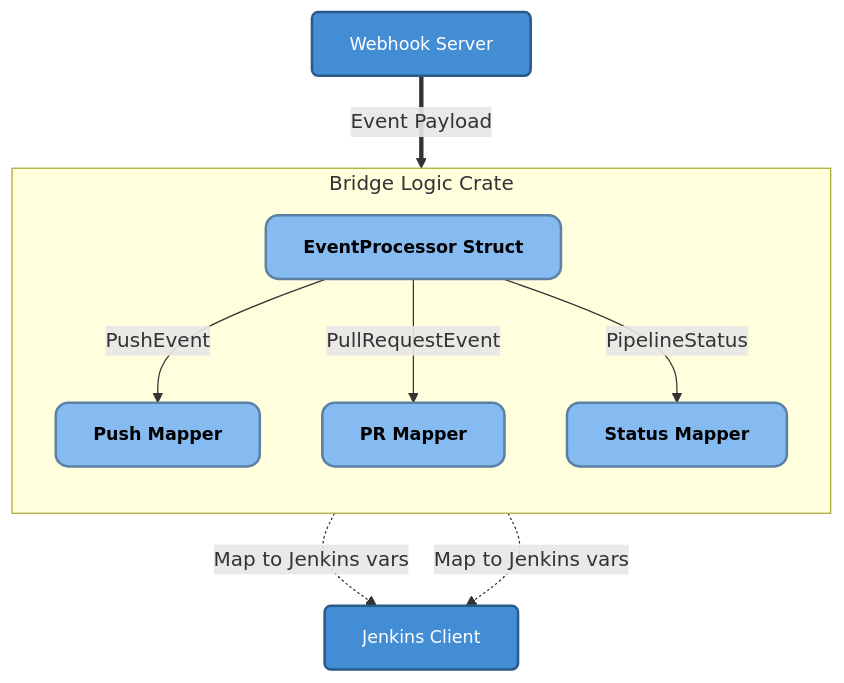
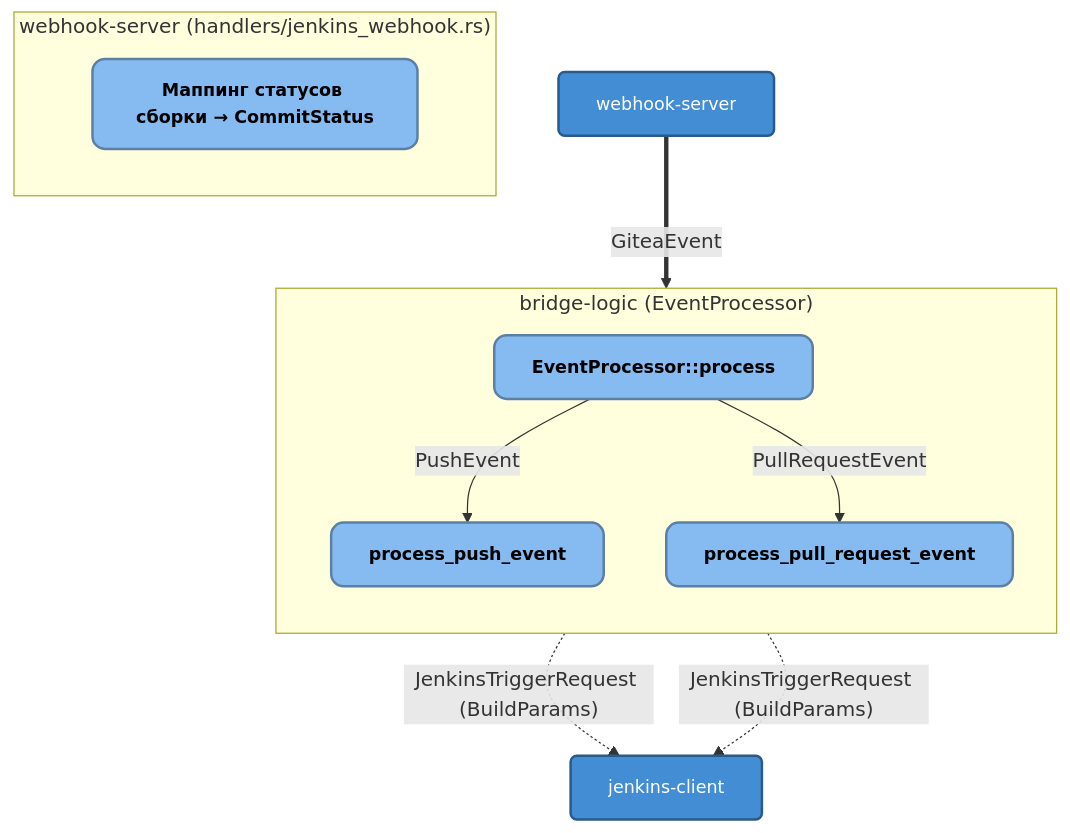
The third of 3 diagrams in docs/C4_ARCHITECTURE.md (kk7453603/GiteaPlugin-rs), drawn with Mermaid before and after one commit. The commit also changed other lines of this file and 19 other files, not shown here.

````diff
--- a/docs/C4_ARCHITECTURE.md
+++ b/docs/C4_ARCHITECTURE.md
@@ -62,25 +70,28 @@
 ```mermaid
 graph TD
     classDef container fill:#438DD5,color:#fff,stroke:#2b5a88,stroke-width:2px,rx:5,ry:5,font-size:14px;
     classDef comp fill:#85BBF0,color:#000,stroke:#5b80a4,stroke-width:2px,rx:10,ry:10,font-weight:bold,font-size:14px;
 
-    webhook["Webhook Server"]:::container
-    jenkins_client["Jenkins Client"]:::container
+    webhook["webhook-server"]:::container
+    jenkins_client["jenkins-client"]:::container
 
-    subgraph "Bridge Logic Crate"
+    subgraph "bridge-logic (EventProcessor)"
         direction TB
-        processor["EventProcessor Struct"]:::comp
-        push_map["Push Mapper"]:::comp
-        pr_map["PR Mapper"]:::comp
-        status_map["Status Mapper"]:::comp
+        processor["EventProcessor::process"]:::comp
+        push_proc["process_push_event"]:::comp
+        pr_proc["process_pull_request_event"]:::comp
     end
 
-    webhook ==>|"Event Payload"| processor
+    subgraph "webhook-server (handlers/jenkins_webhook.rs)"
+        direction TB
+        status_map["Маппинг статусов сборки → CommitStatus"]:::comp
+    end
+
+    webhook ==>|"GiteaEvent"| processor
     
-    processor -->|"PushEvent"| push_map
-    processor -->|"PullRequestEvent"| pr_map
-    processor -->|"PipelineStatus"| status_map
+    processor -->|"PushEvent"| push_proc
+    processor -->|"PullRequestEvent"| pr_proc
     
-    push_map -.->|"Map to Jenkins vars"| jenkins_client
-    pr_map -.->|"Map to Jenkins vars"| jenkins_client
+    push_proc -.->|"JenkinsTriggerRequest (BuildParams)"| jenkins_client
+    pr_proc -.->|"JenkinsTriggerRequest (BuildParams)"| jenkins_client
 ```
````
